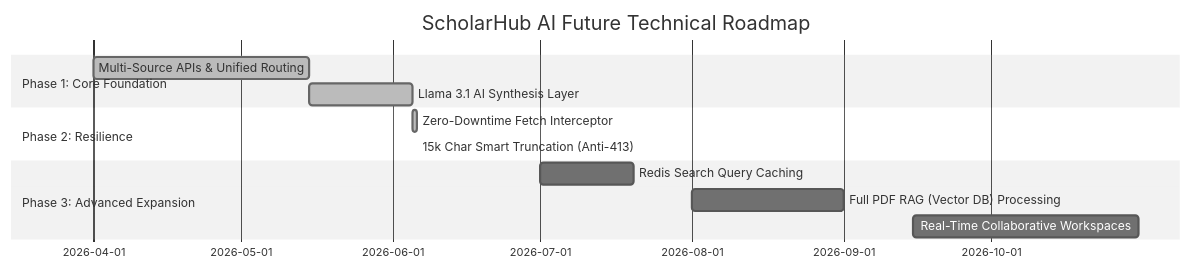
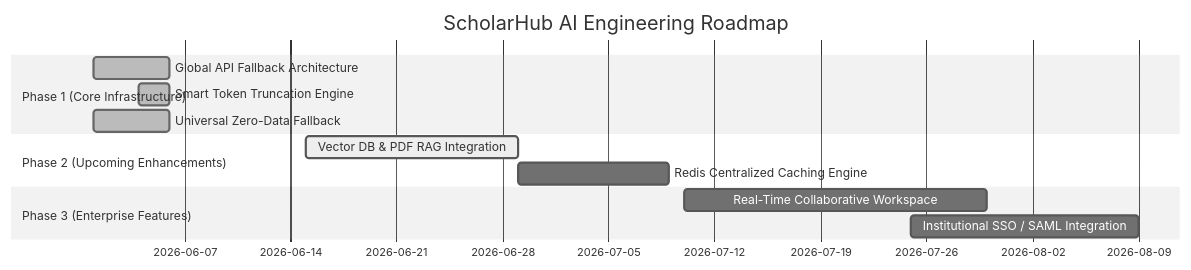
The seventh of 7 diagrams in SYSTEM_ARCHITECTURE_DEEP_DIVE.md (CodeWithPritom/ScholarHub-frontend), drawn with Mermaid (neutral theme) before and after one commit. The commit also changed other lines of this file, not shown here.

Commit message:
Create System Architecture Flow

````diff
--- a/SYSTEM_ARCHITECTURE_DEEP_DIVE.md
+++ b/SYSTEM_ARCHITECTURE_DEEP_DIVE.md
@@ -208,18 +199,18 @@
 ```mermaid
 gantt
-    title ScholarHub AI Future Technical Roadmap
+    title ScholarHub AI Engineering Roadmap
     dateFormat  YYYY-MM-DD
     
-    section Phase 1: Core Foundation
-    Multi-Source APIs & Unified Routing :done,    des1, 2026-04-01, 2026-05-15
-    Llama 3.1 AI Synthesis Layer        :done,    des2, 2026-05-15, 2026-06-05
+    section Phase 1 (Core Infrastructure)
+    Global API Fallback Architecture      :done,    des1, 2026-06-01,2026-06-06
+    Smart Token Truncation Engine         :done,    des2, 2026-06-04,2026-06-06
+    Universal Zero-Data Fallback          :done,    des3, 2026-06-01,2026-06-06
     
-    section Phase 2: Resilience
-    Zero-Downtime Fetch Interceptor     :done,    des3, 2026-06-05, 2026-06-06
-    15k Char Smart Truncation (Anti-413):done,    des4, 2026-06-06, 2026-06-06
+    section Phase 2 (Upcoming Enhancements)
+    Vector DB & PDF RAG Integration       :active,  des4, 2026-06-15, 14d
+    Redis Centralized Caching Engine      :         des5, after des4, 10d
     
-    section Phase 3: Advanced Expansion
-    Redis Search Query Caching          :         des5, 2026-07-01, 2026-07-20
-    Full PDF RAG (Vector DB) Processing :         des6, 2026-08-01, 2026-09-01
-    Real-Time Collaborative Workspaces  :         des7, 2026-09-15, 2026-10-31
+    section Phase 3 (Enterprise Features)
+    Real-Time Collaborative Workspace     :         des6, 2026-07-10, 20d
+    Institutional SSO / SAML Integration  :         des7, 2026-07-25, 15d
 ```
````
